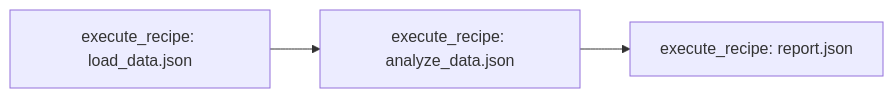
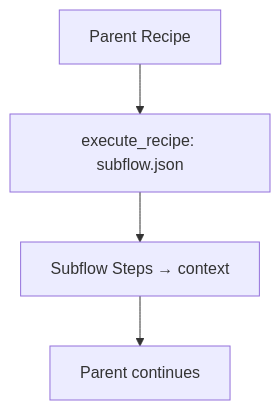
Before and after one commit to robotdad/recipe-tool: the fifth of 5 diagrams in ai_context/generated/RECIPE_JSON_AUTHORING_GUIDE.md, drawn with Mermaid. The commit also changed other lines of this file, not shown here.

Commit message:
Updated recipe json authoring guide using improved doc gen recipe.

````diff
--- a/ai_context/generated/RECIPE_JSON_AUTHORING_GUIDE.md
+++ b/ai_context/generated/RECIPE_JSON_AUTHORING_GUIDE.md
@@ -1209,5 +1495,6 @@
 ```mermaid
-flowchart LR
-  A1[execute_recipe: load_data.json] --> A2[execute_recipe: analyze_data.json]
-  A2 --> A3[execute_recipe: report.json]
+flowchart TD
+  A[Parent Recipe] --> B[execute_recipe: subflow.json]
+  B --> C[Subflow Steps → context]
+  C --> D[Parent continues]
 ```
````
